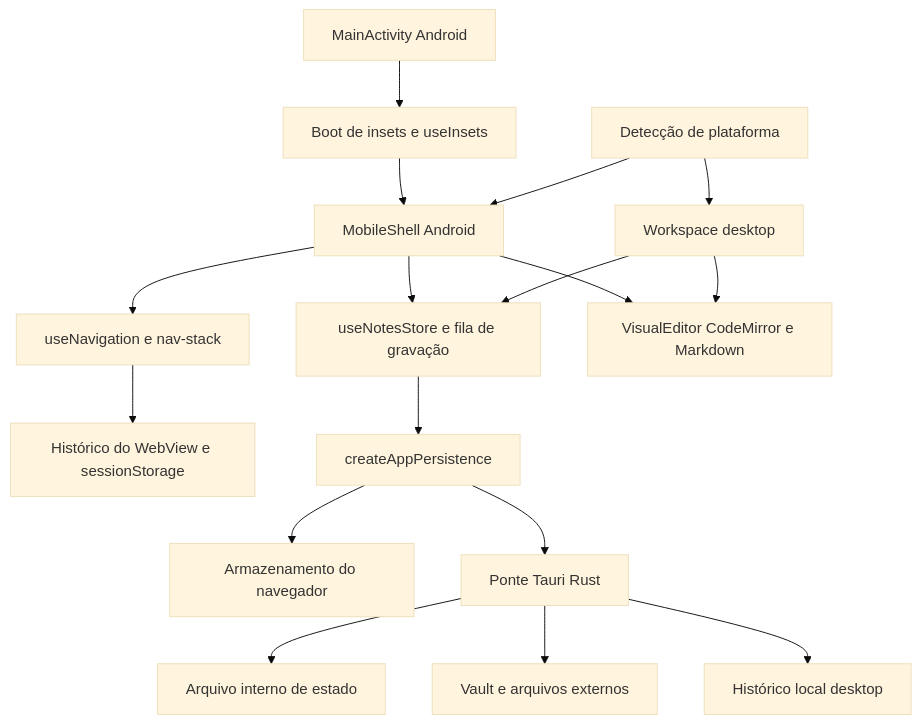
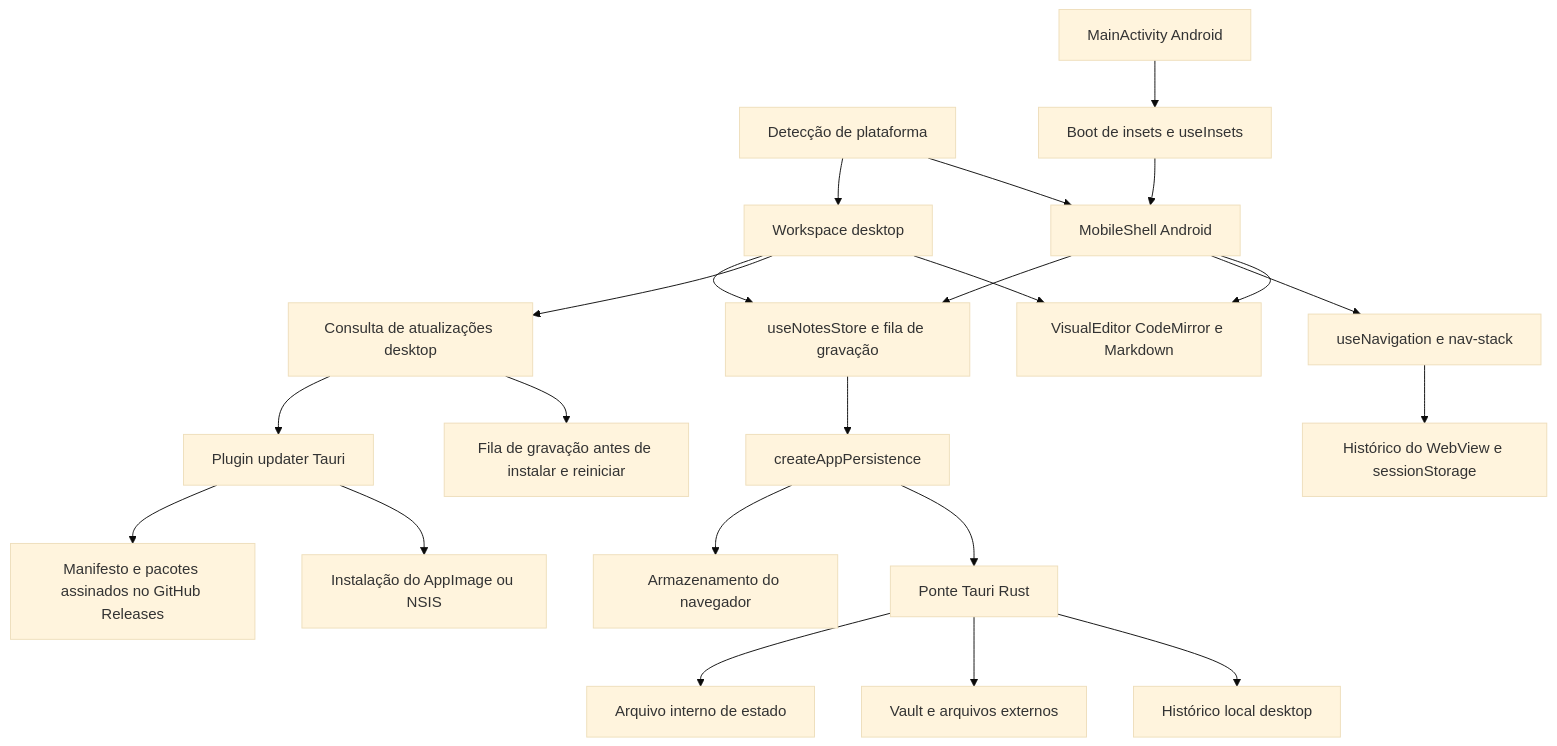
One commit to dougkusanagi/sloth-noter changed the diagram in docs/architecture.md. Above: the diagram before and after it, drawn with Mermaid (base theme). The commit also changed other lines of this file and 30 other files, not shown here.

````diff
--- a/docs/architecture.md
+++ b/docs/architecture.md
@@ -6,19 +6,24 @@
 ```mermaid
 flowchart TD
   platform[Detecção de plataforma] --> desktop[Workspace desktop]
   platform --> mobile[MobileShell Android]
   desktop --> store[useNotesStore e fila de gravação]
   mobile --> store
   mobile --> navigation[useNavigation e nav-stack]
   navigation --> browser[Histórico do WebView e sessionStorage]
+  desktop --> updates[Consulta de atualizações desktop]
+  updates --> updater[Plugin updater Tauri]
+  updater --> github[Manifesto e pacotes assinados no GitHub Releases]
+  updater --> binary[Instalação do AppImage ou NSIS]
+  updates --> saves[Fila de gravação antes de instalar e reiniciar]
   desktop --> editor[VisualEditor CodeMirror e Markdown]
   mobile --> editor
   store --> runtime[createAppPersistence]
   runtime --> web[Armazenamento do navegador]
   runtime --> native[Ponte Tauri Rust]
   native --> state[Arquivo interno de estado]
   native --> vault[Vault e arquivos externos]
   native --> history[Histórico local desktop]
   android[MainActivity Android] --> insets[Boot de insets e useInsets]
   insets --> mobile
 ```
````
